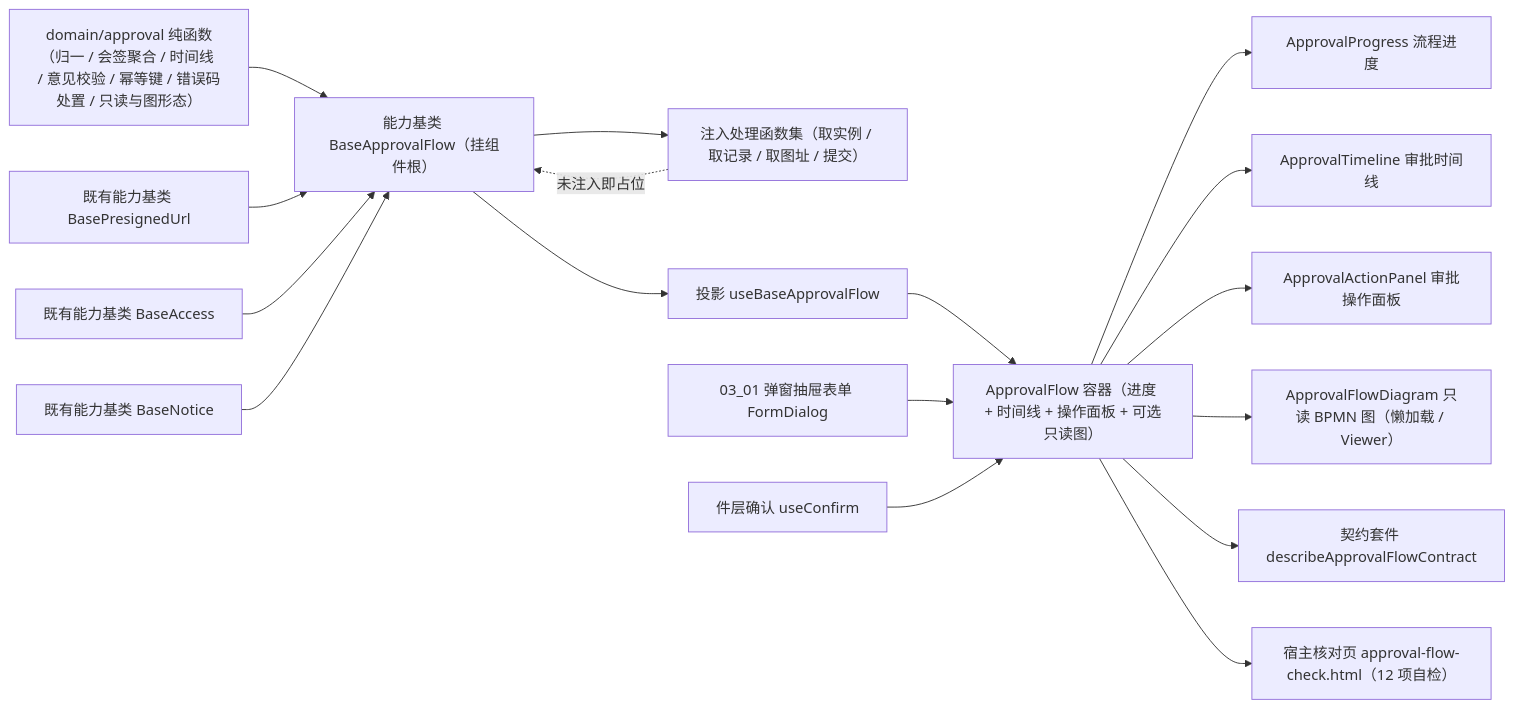
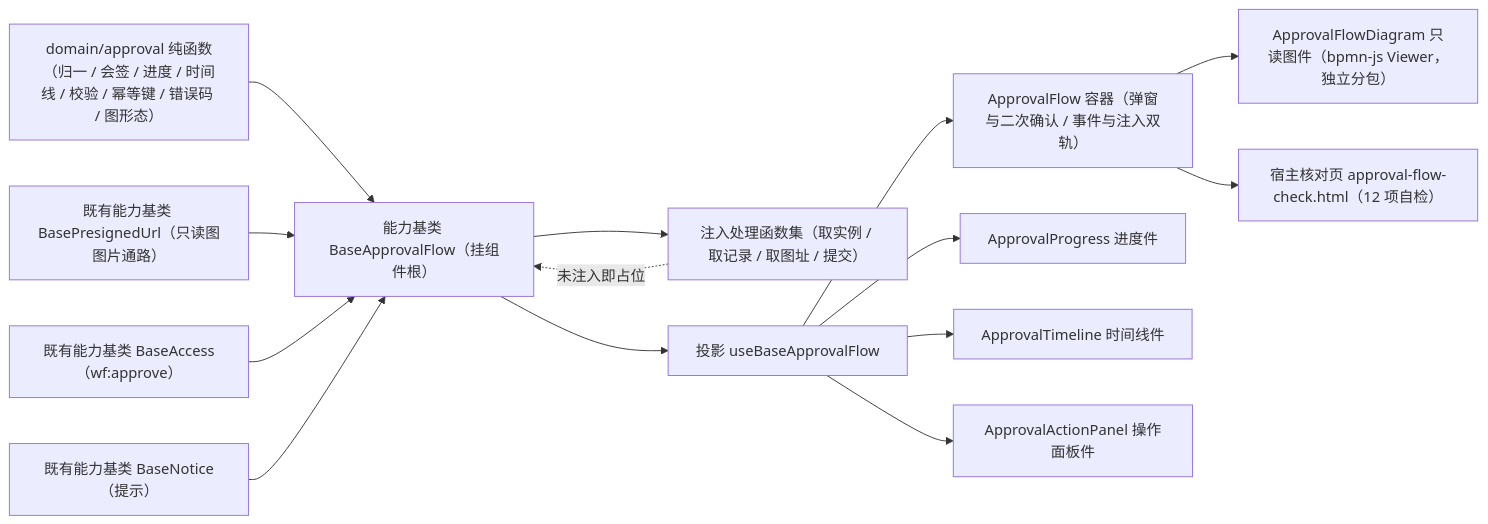
Before and after one commit to minjian123/basic-management-system: the diagram in bms文档/项目/04_前端组件库/任务/08_交互类/08_交互类_08_审批流展示与流程建模器/08_交互类_08_审批流展示与流程建模器_01_审批流展示/设计/01_详细设计_01_审批流展示.md, drawn with Mermaid. The commit also changed other lines of this file and 10 other files, not shown here.

````diff
--- a/bms文档/项目/04_前端组件库/任务/08_交互类/08_交互类_08_审批流展示与流程建模器/08_交互类_08_审批流展示与流程建模器_01_审批流展示/设计/01_详细设计_01_审批流展示.md
+++ b/bms文档/项目/04_前端组件库/任务/08_交互类/08_交互类_08_审批流展示与流程建模器/08_交互类_08_审批流展示与流程建模器_01_审批流展示/设计/01_详细设计_01_审批流展示.md
@@ -53,19 +47,16 @@
 ```mermaid
 flowchart LR
-    DOM["domain/approval 纯函数（归一 / 会签聚合 / 时间线 / 意见校验 / 幂等键 / 错误码处置 / 只读与图形态）"] --> AF["能力基类 BaseApprovalFlow（挂组件根）"]
-    PS["既有能力基类 BasePresignedUrl"] --> AF
-    AC["既有能力基类 BaseAccess"] --> AF
-    NT["既有能力基类 BaseNotice"] --> AF
-    AF --> JOBS["注入处理函数集（取实例 / 取记录 / 取图址 / 提交）"]
-    JOBS -.未注入即占位.-> AF
-    AF --> UM["投影 useBaseApprovalFlow"]
-    UM --> C["ApprovalFlow 容器（进度 + 时间线 + 操作面板 + 可选只读图）"]
-    C --> P["ApprovalProgress 流程进度"]
-    C --> T["ApprovalTimeline 审批时间线"]
-    C --> A["ApprovalActionPanel 审批操作面板"]
-    C --> D["ApprovalFlowDiagram 只读 BPMN 图（懒加载 / Viewer）"]
-    FD["03_01 弹窗抽屉表单 FormDialog"] --> C
-    CF["件层确认 useConfirm"] --> C
-    C --> SUITE["契约套件 describeApprovalFlowContract"]
-    C --> HOST["宿主核对页 approval-flow-check.html（12 项自检）"]
+    DOM["domain/approval 纯函数（归一 / 会签 / 进度 / 时间线 / 校验 / 幂等键 / 错误码 / 图形态）"] --> BA["能力基类 BaseApprovalFlow（挂组件根）"]
+    PU["既有能力基类 BasePresignedUrl（只读图图片通路）"] --> BA
+    AC["既有能力基类 BaseAccess（wf:approve）"] --> BA
+    NT["既有能力基类 BaseNotice（提示）"] --> BA
+    BA --> JOBS["注入处理函数集（取实例 / 取记录 / 取图址 / 提交）"]
+    JOBS -.未注入即占位.-> BA
+    BA --> UF["投影 useBaseApprovalFlow"]
+    UF --> AV["ApprovalFlow 容器（弹窗与二次确认 / 事件与注入双轨）"]
+    UF --> AP["ApprovalProgress 进度件"]
+    UF --> AT["ApprovalTimeline 时间线件"]
+    UF --> AA["ApprovalActionPanel 操作面板件"]
+    AV --> AD["ApprovalFlowDiagram 只读图件（bpmn-js Viewer，独立分包）"]
+    AV --> HOST["宿主核对页 approval-flow-check.html（12 项自检）"]
 ```
````
